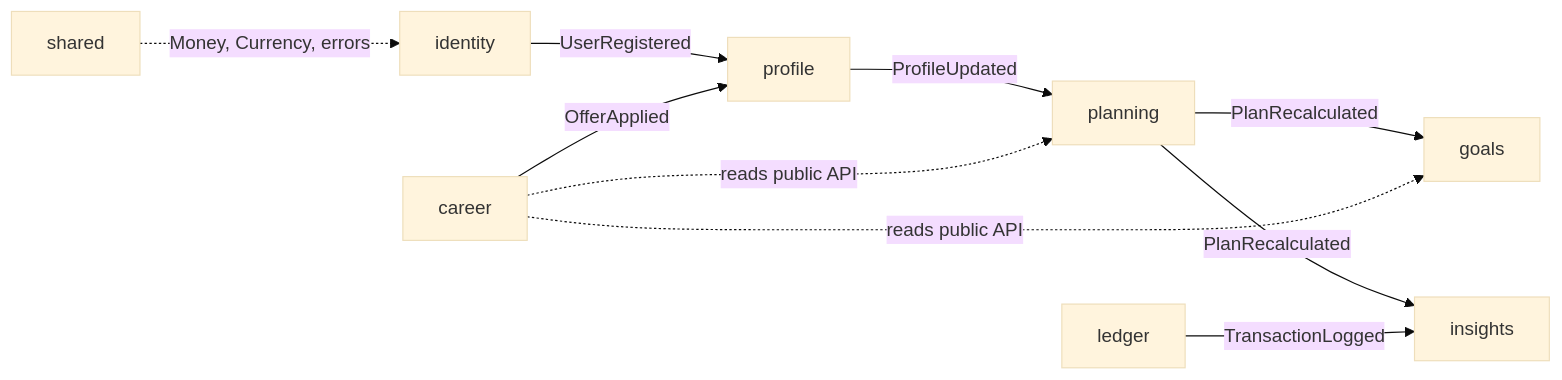
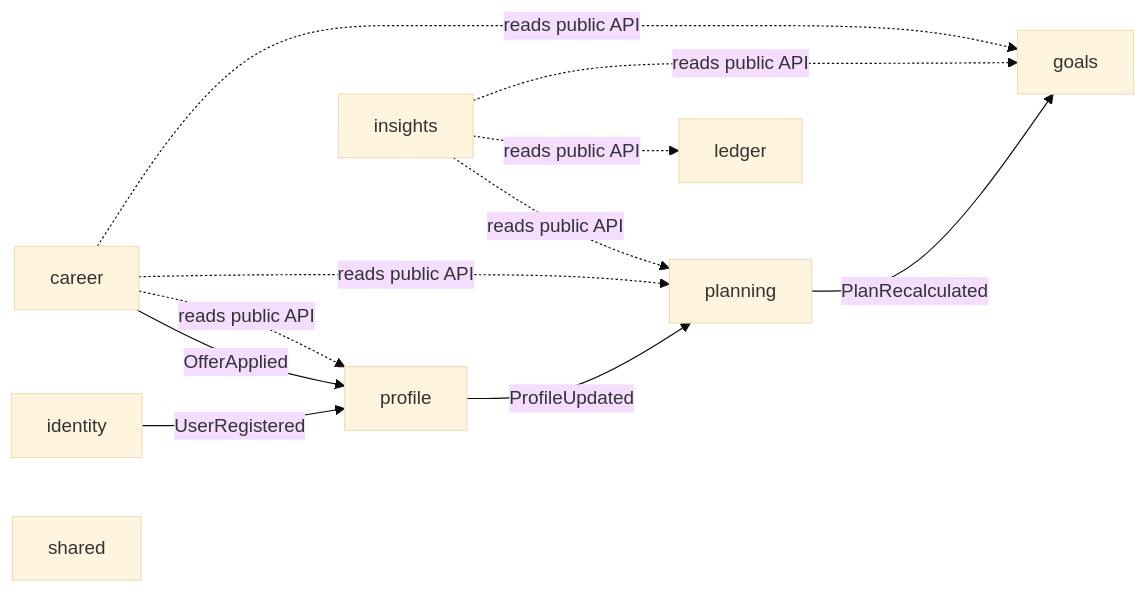
Before and after one commit to ilyas8888/moneymacros: the third of 5 diagrams in docs/ARCHITECTURE.md, drawn with Mermaid (base theme). The commit also changed other lines of this file and 3 other files, not shown here.

````diff
--- a/docs/ARCHITECTURE.md
+++ b/docs/ARCHITECTURE.md
@@ -66,22 +65,22 @@
 ```mermaid
 flowchart LR
     identity["identity"]
     profile["profile"]
     planning["planning"]
     ledger["ledger"]
     goals["goals"]
     career["career"]
     insights["insights"]
     shared["shared"]
 
     identity -->|UserRegistered| profile
     career -->|OfferApplied| profile
     profile -->|ProfileUpdated| planning
     planning -->|PlanRecalculated| goals
-    planning -->|PlanRecalculated| insights
-    ledger -->|TransactionLogged| insights
+    career -.->|reads public API| profile
     career -.->|reads public API| planning
     career -.->|reads public API| goals
-
-    shared -.->|Money, Currency, errors| identity
+    insights -.->|reads public API| planning
+    insights -.->|reads public API| ledger
+    insights -.->|reads public API| goals
 ```
````
